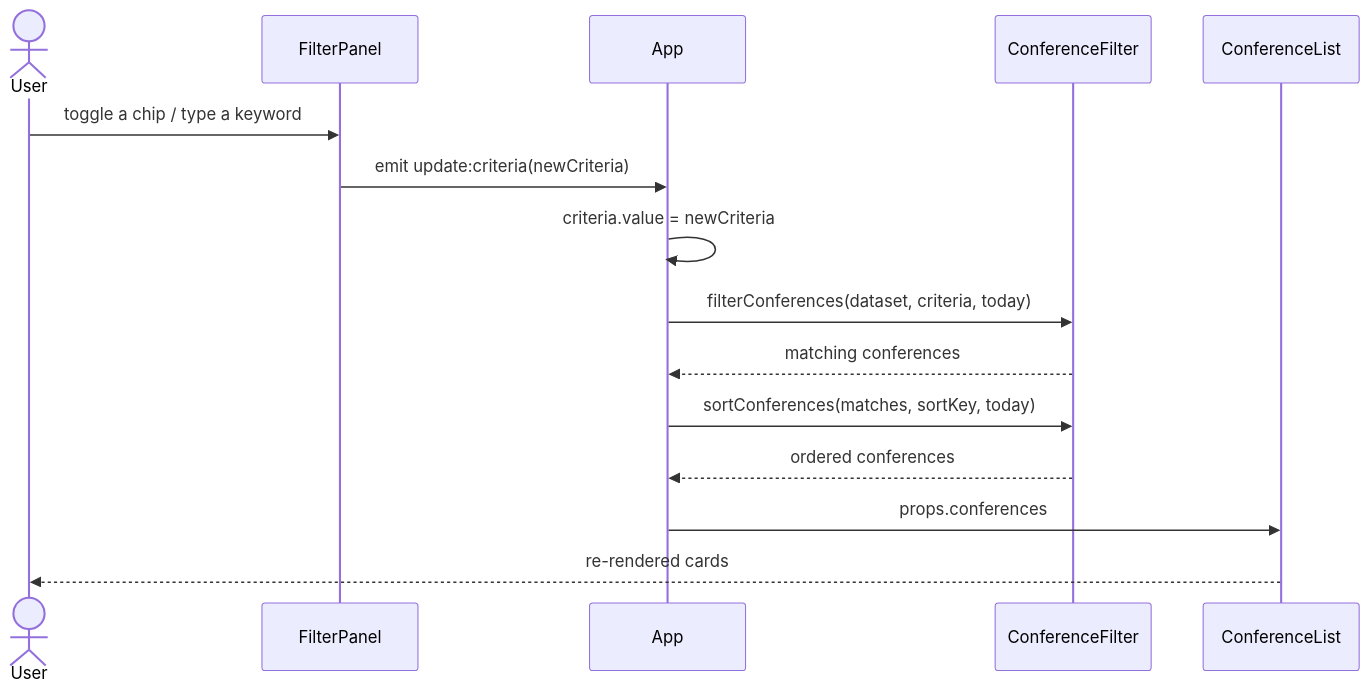
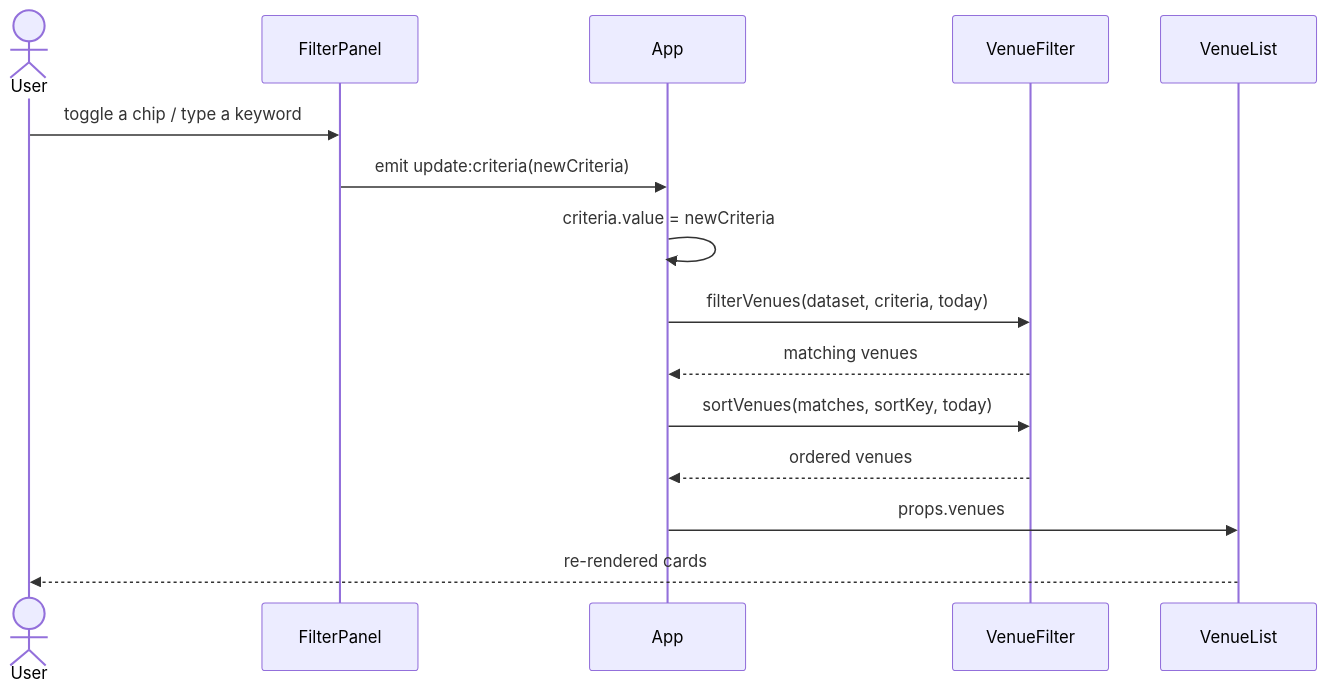
The third of 3 diagrams in Docs/Architecture.md (konbraphat51/GameRelatedCfPs), drawn with Mermaid before and after one commit. The commit also changed other lines of this file and 5 other files, not shown here.

````diff
--- a/Docs/Architecture.md
+++ b/Docs/Architecture.md
@@ -100,17 +103,17 @@
 ```mermaid
 sequenceDiagram
   actor User
   participant FilterPanel
   participant App
-  participant ConferenceFilter
-  participant ConferenceList
+  participant VenueFilter
+  participant VenueList
   User->>FilterPanel: toggle a chip / type a keyword
   FilterPanel->>App: emit update:criteria(newCriteria)
   App->>App: criteria.value = newCriteria
-  App->>ConferenceFilter: filterConferences(dataset, criteria, today)
-  ConferenceFilter-->>App: matching conferences
-  App->>ConferenceFilter: sortConferences(matches, sortKey, today)
-  ConferenceFilter-->>App: ordered conferences
-  App->>ConferenceList: props.conferences
-  ConferenceList-->>User: re-rendered cards
+  App->>VenueFilter: filterVenues(dataset, criteria, today)
+  VenueFilter-->>App: matching venues
+  App->>VenueFilter: sortVenues(matches, sortKey, today)
+  VenueFilter-->>App: ordered venues
+  App->>VenueList: props.venues
+  VenueList-->>User: re-rendered cards
 ```
````
